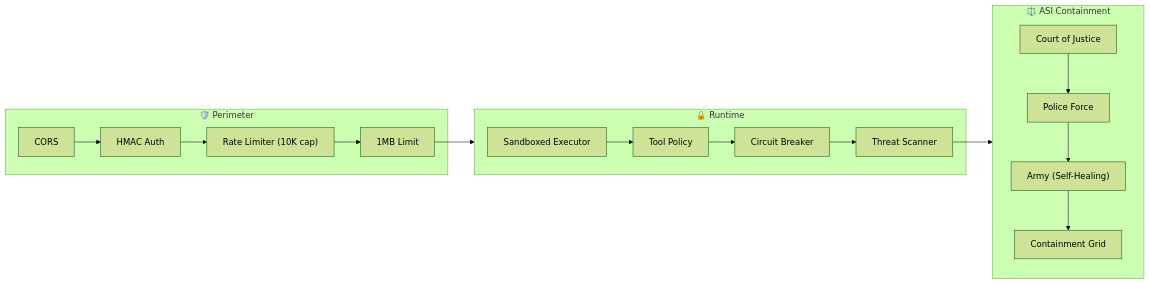
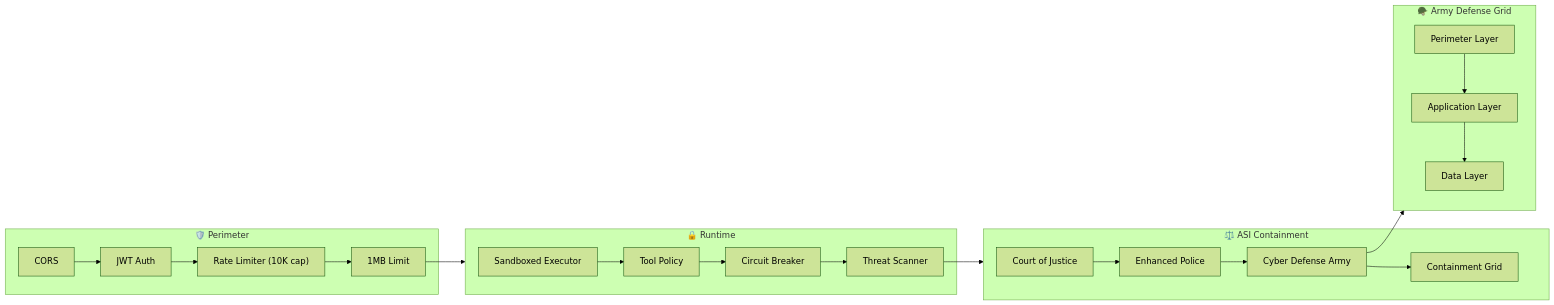
One commit to boopathygamer/astra-agent changed the seventh of 9 diagrams in README.md. Above: the diagram before and after it, drawn with Mermaid (forest theme). The commit also changed other lines of this file, not shown here.

````diff
--- a/README.md
+++ b/README.md
@@ -396,17 +763,22 @@
 ```mermaid
 flowchart LR
     subgraph Perimeter["🛡️ Perimeter"]
-        CORS["CORS"] --> HMAC["HMAC Auth"] --> Rate["Rate Limiter (10K cap)"] --> Size["1MB Limit"]
+        CORS["CORS"] --> HMAC["JWT Auth"] --> Rate["Rate Limiter (10K cap)"] --> Size["1MB Limit"]
     end
 
     subgraph Runtime["🔒 Runtime"]
         Sandbox["Sandboxed Executor"] --> Policy["Tool Policy"] --> Loop["Circuit Breaker"] --> Threat["Threat Scanner"]
     end
 
     subgraph ASI_Layer["⚖️ ASI Containment"]
-        Court["Court of Justice"] --> Police["Police Force"] --> Army["Army (Self-Healing)"] --> Grid["Containment Grid"]
+        Court["Court of Justice"] --> Police["Enhanced Police"] --> Army["Cyber Defense Army"] --> Grid["Containment Grid"]
+    end
+
+    subgraph Defense["🪖 Army Defense Grid"]
+        DP["Perimeter Layer"] --> DA["Application Layer"] --> DD["Data Layer"]
     end
 
     Size --> Runtime
     Threat --> ASI_Layer
+    Army --> Defense
 ```
````
